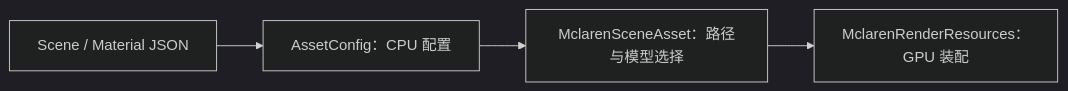
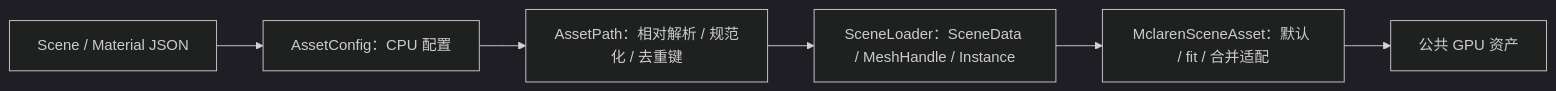
One commit to Cyberyb/KuEngine changed the diagram in docs/design/07-resource-asset-spec.md. Above: the diagram before and after it, drawn with Mermaid (dark theme). The commit also changed other lines of this file and 143 other files, not shown here.

````diff
--- a/docs/design/07-resource-asset-spec.md
+++ b/docs/design/07-resource-asset-spec.md
@@ -46,8 +46,10 @@
 ```mermaid
 flowchart LR
     JSON["Scene / Material JSON"]
     Config["AssetConfig：CPU 配置"]
-    Scene["MclarenSceneAsset：路径与模型选择"]
-    Resources["MclarenRenderResources：GPU 装配"]
-    JSON --> Config --> Scene --> Resources
+    Path["AssetPath：相对解析 / 规范化 / 去重键"]
+    Scene["SceneLoader：SceneData / MeshHandle / Instance"]
+    Adapt["MclarenSceneAsset：默认 / fit / 合并适配"]
+    GPU["公共 GPU 资产"]
+    JSON --> Config --> Path --> Scene --> Adapt --> GPU
 ```
````
